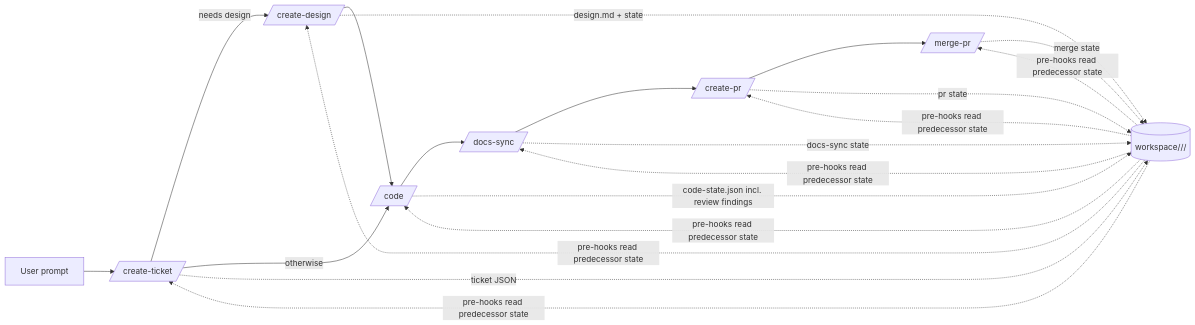
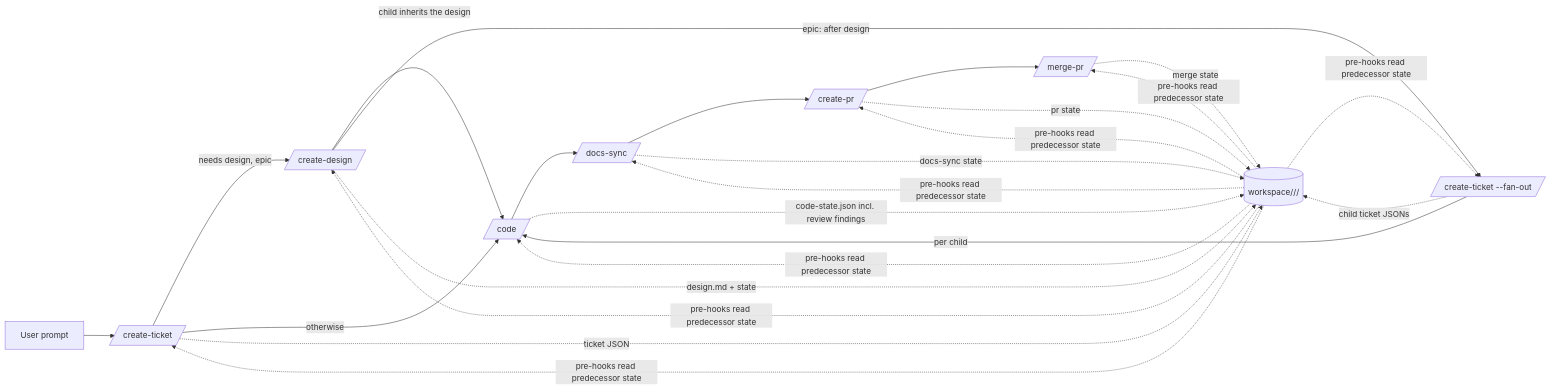
Before and after one commit to globalmindsolution/gms-marketplace: the diagram in docs/requirements/functional/workflow.md, drawn with Mermaid. The commit also changed other lines of this file and 19 other files, not shown here.

Commit message:
[MAR-78] Epic fan-out moves to /acs:create-ticket --fan-out, run after create-design (slice 8) (#367)

````diff
--- a/docs/requirements/functional/workflow.md
+++ b/docs/requirements/functional/workflow.md
@@ -23,18 +25,21 @@
 ```mermaid
 flowchart LR
     U[User prompt] --> T[/create-ticket/]
-    T -->|needs design| D[/create-design/]
-    D --> C[/code/]
-    T -->|otherwise| C
+    T -->|needs design, epic| D[/create-design/]
+    D -->|child inherits the design| C
+    T -->|otherwise| C[/code/]
+    D -->|epic: after design| FO[/create-ticket --fan-out/]
+    FO -->|per child| C
     C --> DS[/docs-sync/]
     DS --> P[/create-pr/]
     P --> M[/merge-pr/]
 
     T -. "ticket JSON" .-> W[(workspace/<repo>/<ticket-id>/)]
     D -. "design.md + state" .-> W
+    FO -. "child ticket JSONs" .-> W
     C -. "code-state.json incl. review findings" .-> W
     DS -. "docs-sync state" .-> W
     P -. "pr state" .-> W
     M -. "merge state" .-> W
-    W -. "pre-hooks read predecessor state" .-> T & D & C & DS & P & M
+    W -. "pre-hooks read predecessor state" .-> T & D & FO & C & DS & P & M
 ```
````
